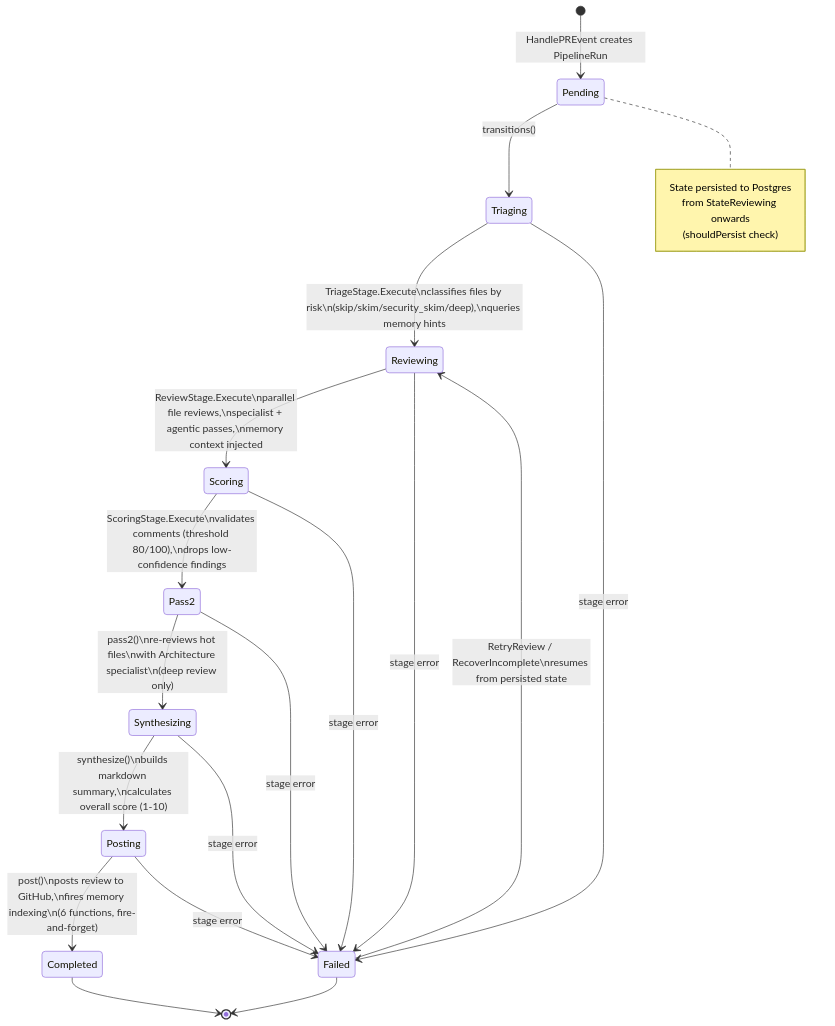
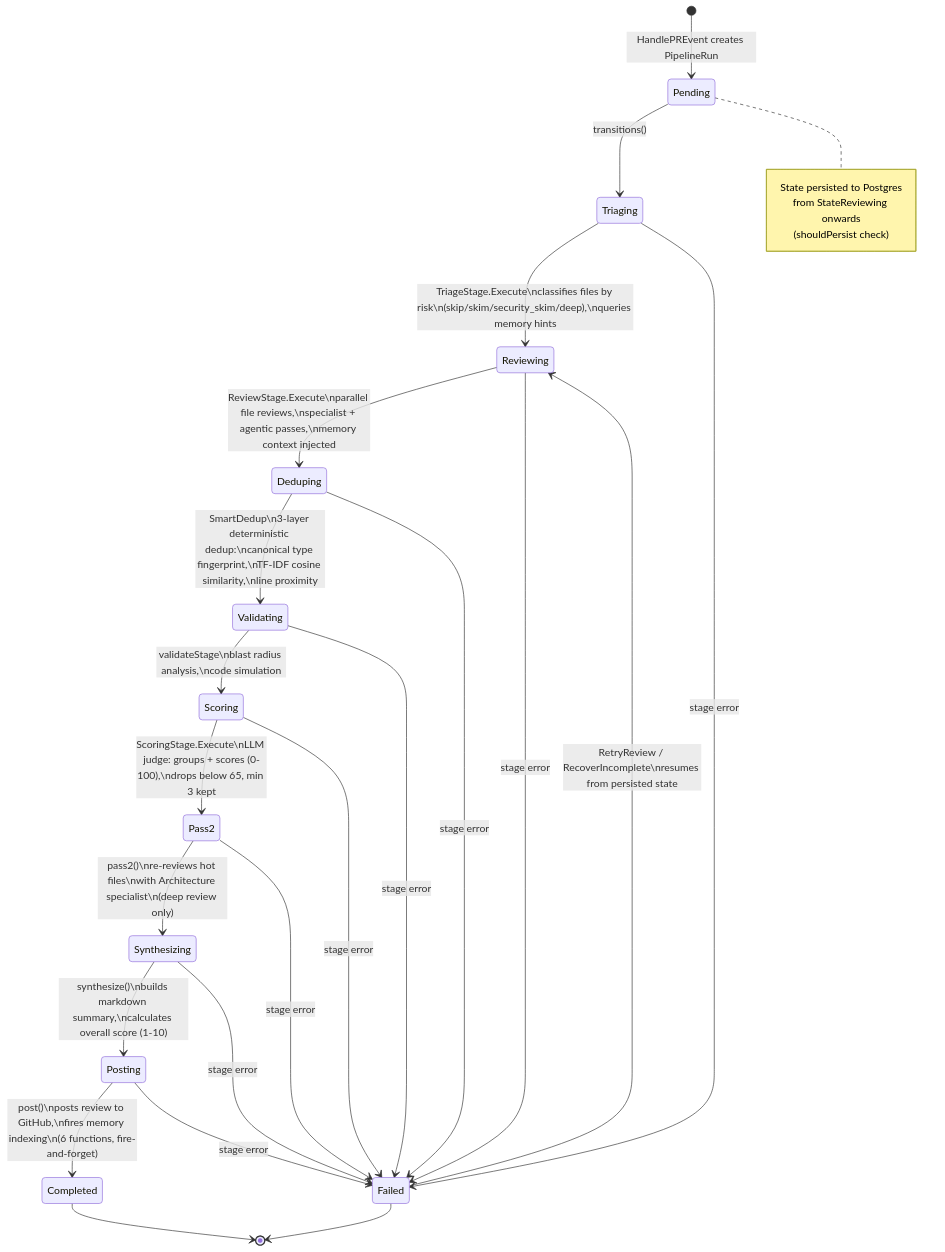
The first of 4 diagrams in docs/architecture.md (BeLazy167/argus), drawn with Mermaid before and after one commit. The commit also changed other lines of this file and 1 other file, not shown here.

First line of the commit message:
docs: update architecture + user docs for 4-layer dedup pipeline

````diff
--- a/docs/architecture.md
+++ b/docs/architecture.md
@@ -48,34 +48,40 @@
 ```mermaid
 stateDiagram-v2
     [*] --> Pending: HandlePREvent creates PipelineRun
 
     Pending --> Triaging: transitions()
 
     Triaging --> Reviewing: TriageStage.Execute\nclassifies files by risk\n(skip/skim/security_skim/deep),\nqueries memory hints
     Triaging --> Failed: stage error
 
-    Reviewing --> Scoring: ReviewStage.Execute\nparallel file reviews,\nspecialist + agentic passes,\nmemory context injected
+    Reviewing --> Deduping: ReviewStage.Execute\nparallel file reviews,\nspecialist + agentic passes,\nmemory context injected
     Reviewing --> Failed: stage error
 
-    Scoring --> Pass2: ScoringStage.Execute\nvalidates comments (threshold 80/100),\ndrops low-confidence findings
+    Deduping --> Validating: SmartDedup\n3-layer deterministic dedup:\ncanonical type fingerprint,\nTF-IDF cosine similarity,\nline proximity
+    Deduping --> Failed: stage error
+
+    Validating --> Scoring: validateStage\nblast radius analysis,\ncode simulation
+    Validating --> Failed: stage error
+
+    Scoring --> Pass2: ScoringStage.Execute\nLLM judge: groups + scores (0-100),\ndrops below 65, min 3 kept
     Scoring --> Failed: stage error
 
     Pass2 --> Synthesizing: pass2()\nre-reviews hot files\nwith Architecture specialist\n(deep review only)
     Pass2 --> Failed: stage error
 
     Synthesizing --> Posting: synthesize()\nbuilds markdown summary,\ncalculates overall score (1-10)
     Synthesizing --> Failed: stage error
 
     Posting --> Completed: post()\nposts review to GitHub,\nfires memory indexing\n(6 functions, fire-and-forget)
     Posting --> Failed: stage error
 
     Failed --> Reviewing: RetryReview / RecoverIncomplete\nresumes from persisted state
     Failed --> [*]
     Completed --> [*]
 
     note right of Pending
         State persisted to Postgres
         from StateReviewing onwards
         (shouldPersist check)
     end note
 ```
````
